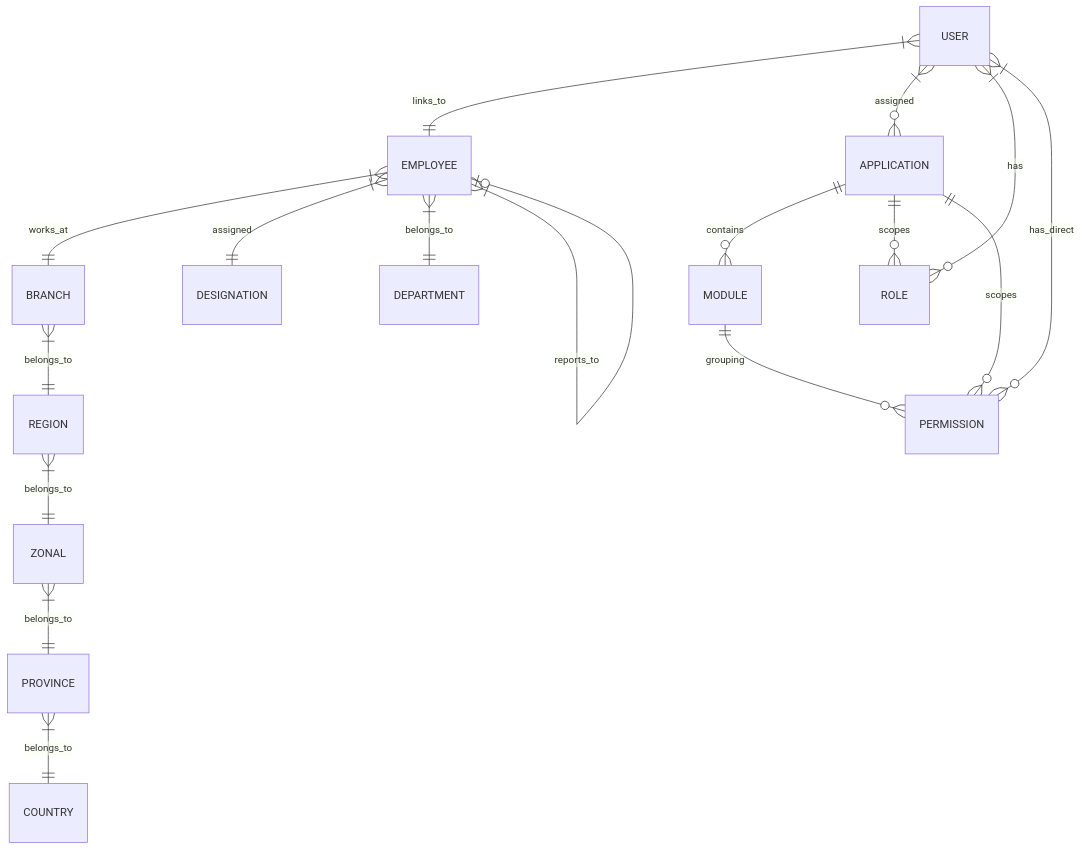
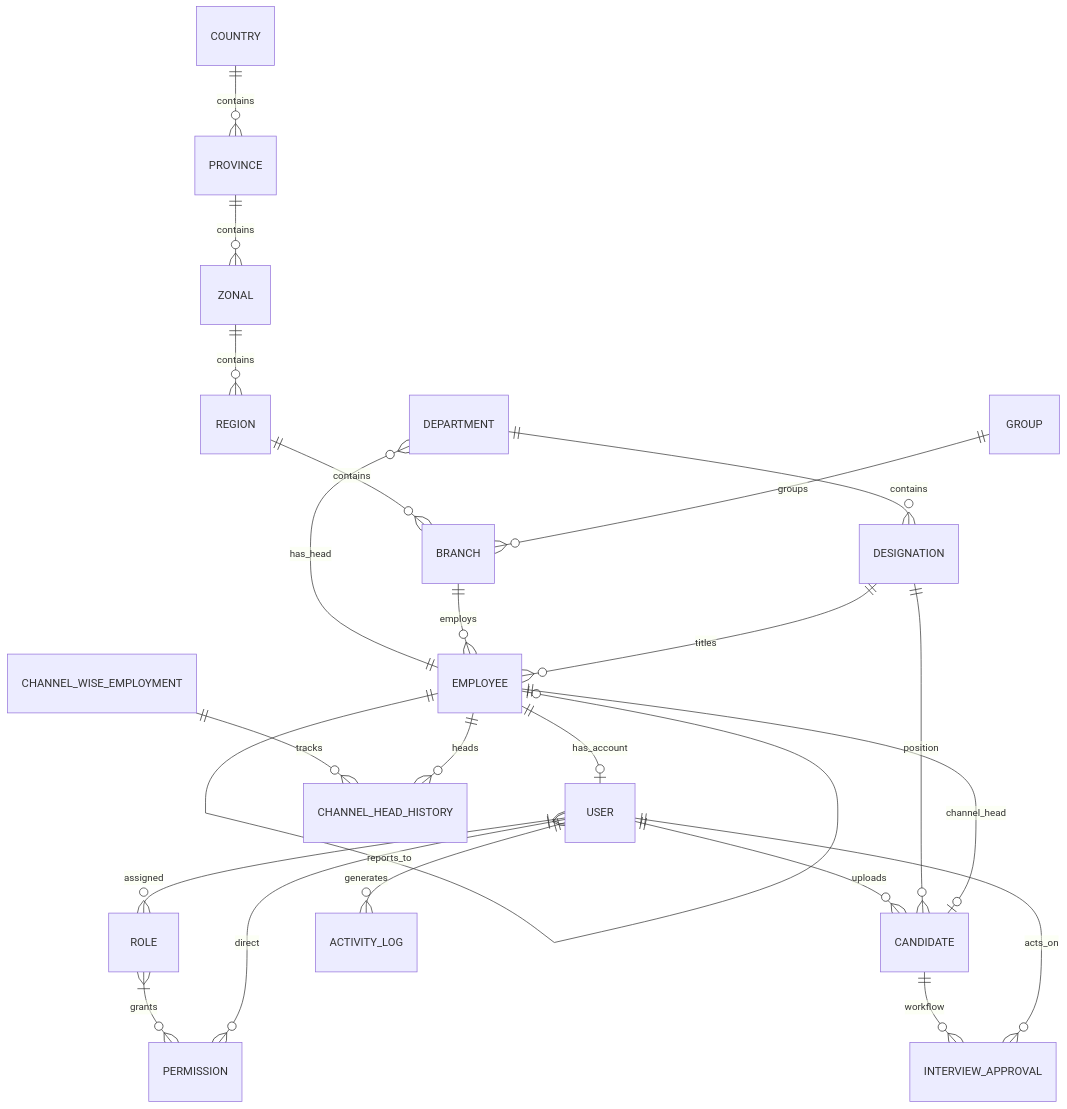
One commit to Insath97/cdp-onboarding-api changed the first of 3 diagrams in README.md. Above: the diagram before and after it, drawn with Mermaid. The commit also changed other lines of this file, not shown here.

First line of the commit message:
docs: rewrite README with comprehensive API reference, architecture docs, and accurate ER diagram

````diff
--- a/README.md
+++ b/README.md
@@ -58,22 +87,31 @@
 ```mermaid
 erDiagram
-    APPLICATION ||--o{ MODULE : contains
-    APPLICATION ||--o{ ROLE : scopes
-    APPLICATION ||--o{ PERMISSION : scopes
-    MODULE ||--o{ PERMISSION : grouping
-    
-    USER }|--|| EMPLOYEE : links_to
-    USER }|--o{ APPLICATION : assigned
-    USER }|--o{ ROLE : has
-    USER }|--o{ PERMISSION : has_direct
-    
-    EMPLOYEE }|--|| BRANCH : works_at
-    EMPLOYEE }|--|| DESIGNATION : assigned
-    EMPLOYEE }|--|| DEPARTMENT : belongs_to
-    EMPLOYEE }|--o| EMPLOYEE : reports_to
-    
-    BRANCH }|--|| REGION : belongs_to
-    REGION }|--|| ZONAL : belongs_to
-    ZONAL }|--|| PROVINCE : belongs_to
-    PROVINCE }|--|| COUNTRY : belongs_to
+    COUNTRY ||--o{ PROVINCE : contains
+    PROVINCE ||--o{ ZONAL : contains
+    ZONAL ||--o{ REGION : contains
+    REGION ||--o{ BRANCH : contains
+    GROUP ||--o{ BRANCH : groups
+
+    DEPARTMENT ||--o{ DESIGNATION : contains
+    DEPARTMENT }o--|| EMPLOYEE : has_head
+
+    BRANCH ||--o{ EMPLOYEE : employs
+    DESIGNATION ||--o{ EMPLOYEE : titles
+    EMPLOYEE ||--o| EMPLOYEE : reports_to
+
+    EMPLOYEE ||--o| USER : has_account
+    USER }|--o{ ROLE : assigned
+    ROLE }|--o{ PERMISSION : grants
+    USER }|--o{ PERMISSION : direct
+
+    CHANNEL_WISE_EMPLOYMENT ||--o{ CHANNEL_HEAD_HISTORY : tracks
+    EMPLOYEE ||--o{ CHANNEL_HEAD_HISTORY : heads
+
+    USER ||--o{ CANDIDATE : uploads
+    DESIGNATION ||--o{ CANDIDATE : position
+    EMPLOYEE ||--o| CANDIDATE : channel_head
+    CANDIDATE ||--o{ INTERVIEW_APPROVAL : workflow
+    USER ||--o{ INTERVIEW_APPROVAL : acts_on
+
+    USER ||--o{ ACTIVITY_LOG : generates
 ```
````
